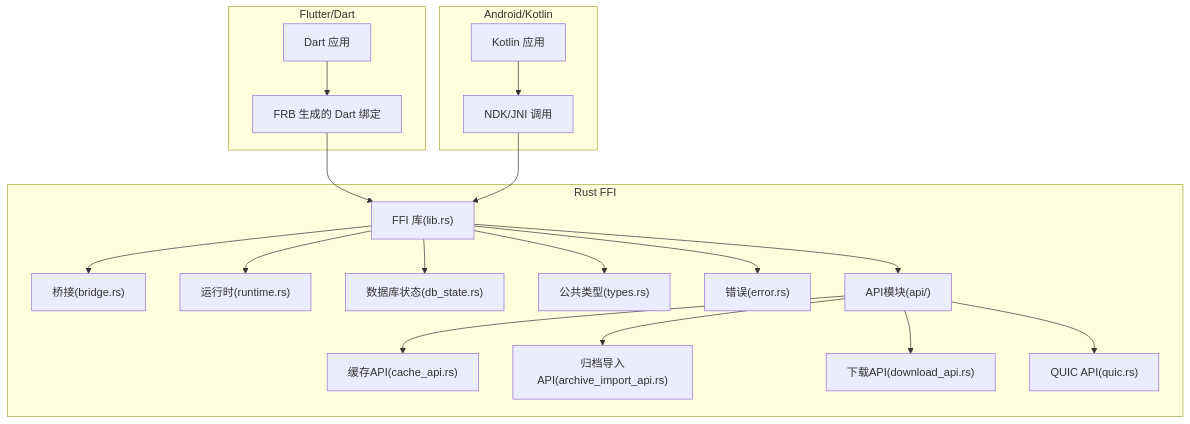
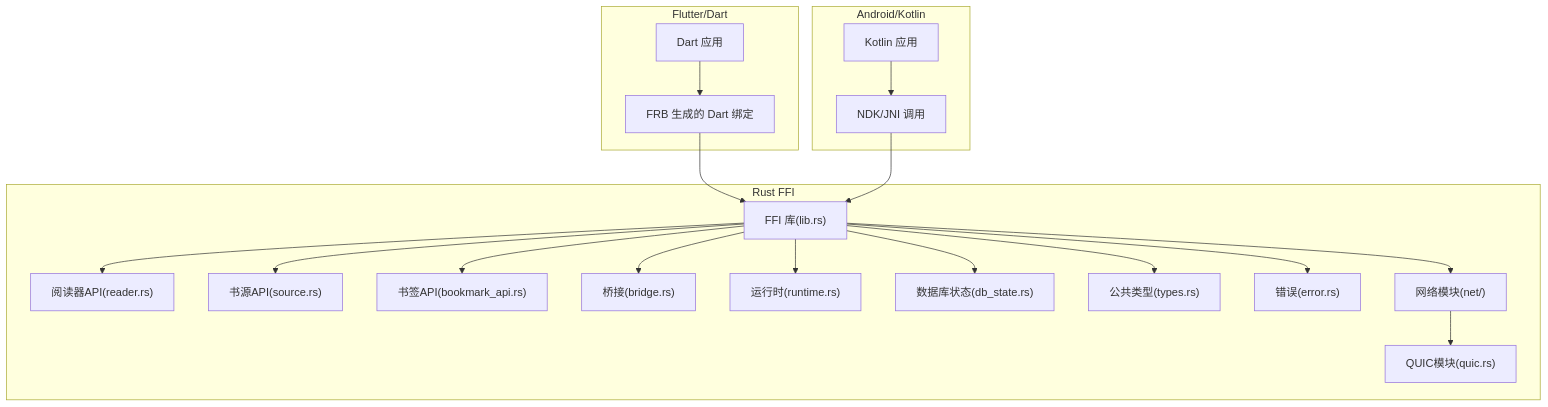
The first of 4 diagrams in .qoder/repowiki/zh/content/API参考/FFI跨语言接口.md (ZhangGHGitHub/LegadoTeamFlutter), drawn with Mermaid before and after one commit. The commit also changed other lines of this file and 173 other files, not shown here.

````diff
--- a/.qoder/repowiki/zh/content/API参考/FFI跨语言接口.md
+++ b/.qoder/repowiki/zh/content/API参考/FFI跨语言接口.md
@@ -55,36 +61,36 @@
 ```mermaid
 graph TB
 subgraph "Flutter/Dart"
 DartApp["Dart 应用"]
 DartBridge["FRB 生成的 Dart 绑定"]
 end
 subgraph "Rust FFI"
 FfiLib["FFI 库(lib.rs)"]
+ReaderApi["阅读器API(reader.rs)"]
+SourceApi["书源API(source.rs)"]
+BookmarkApi["书签API(bookmark_api.rs)"]
 Bridge["桥接(bridge.rs)"]
 Runtime["运行时(runtime.rs)"]
 DBState["数据库状态(db_state.rs)"]
 Types["公共类型(types.rs)"]
 Error["错误(error.rs)"]
-ApiModules["API模块(api/)"]
-CacheApi["缓存API(cache_api.rs)"]
-ArchiveApi["归档导入API(archive_import_api.rs)"]
-DownloadApi["下载API(download_api.rs)"]
-QuicApi["QUIC API(quic.rs)"]
+NetModule["网络模块(net/)"]
+QuicModule["QUIC模块(quic.rs)"]
 end
 subgraph "Android/Kotlin"
 KotlinApp["Kotlin 应用"]
 NdkCall["NDK/JNI 调用"]
 end
 DartApp --> DartBridge --> FfiLib
 KotlinApp --> NdkCall --> FfiLib
+FfiLib --> ReaderApi
+FfiLib --> SourceApi
+FfiLib --> BookmarkApi
 FfiLib --> Bridge
 FfiLib --> Runtime
 FfiLib --> DBState
 FfiLib --> Types
 FfiLib --> Error
-FfiLib --> ApiModules
-ApiModules --> CacheApi
-ApiModules --> ArchiveApi
-ApiModules --> DownloadApi
-ApiModules --> QuicApi
+FfiLib --> NetModule
+NetModule --> QuicModule
 ```
````
